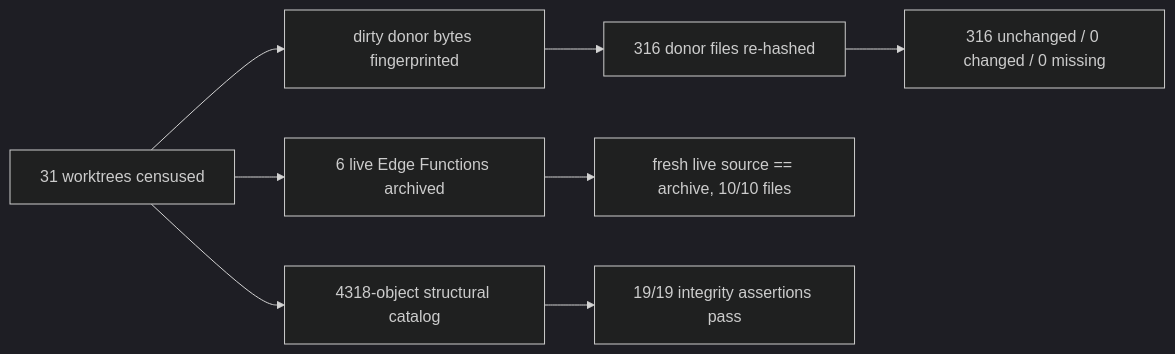
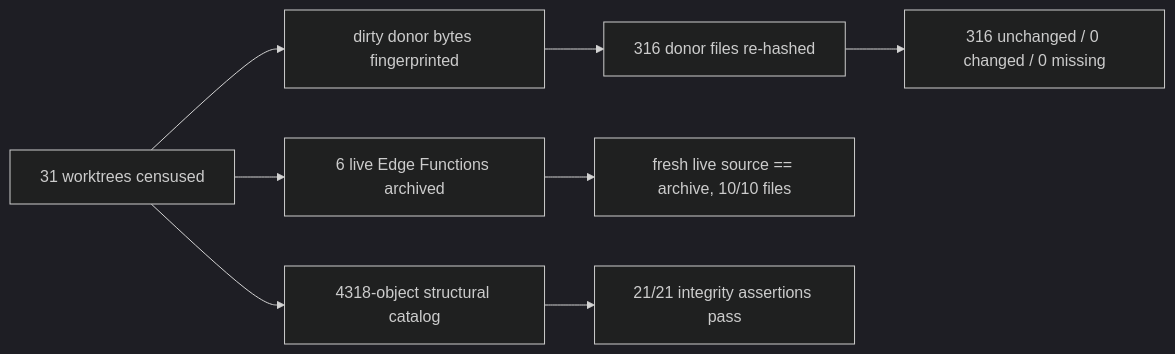
One commit to daynightae-cmyk/knoux-store changed the diagram in docs/audit/PHASE_A_EVIDENCE_RECONCILIATION_2026-10-03.md. Above: the diagram before and after it, drawn with Mermaid (dark theme). The commit also changed other lines of this file and 5 other files, not shown here.

````diff
--- a/docs/audit/PHASE_A_EVIDENCE_RECONCILIATION_2026-10-03.md
+++ b/docs/audit/PHASE_A_EVIDENCE_RECONCILIATION_2026-10-03.md
@@ -37,10 +38,10 @@
 ```mermaid
 flowchart LR
   A[31 worktrees censused] --> B[dirty donor bytes fingerprinted]
   B --> C[316 donor files re-hashed]
   C --> D[316 unchanged / 0 changed / 0 missing]
   A --> E[6 live Edge Functions archived]
   E --> F[fresh live source == archive, 10/10 files]
   A --> G[4318-object structural catalog]
-  G --> H[19/19 integrity assertions pass]
+  G --> H[21/21 integrity assertions pass]
 ```
````
